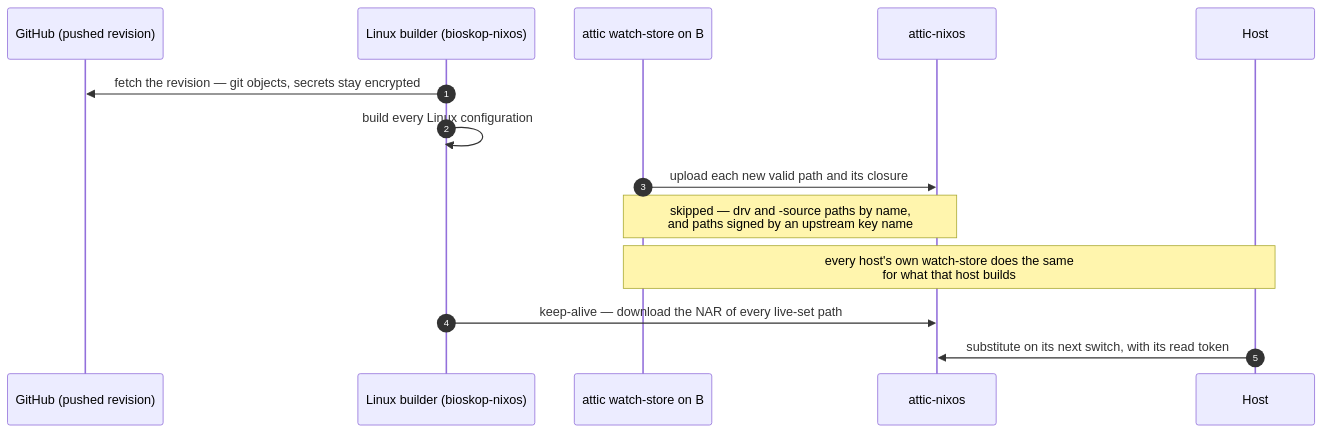
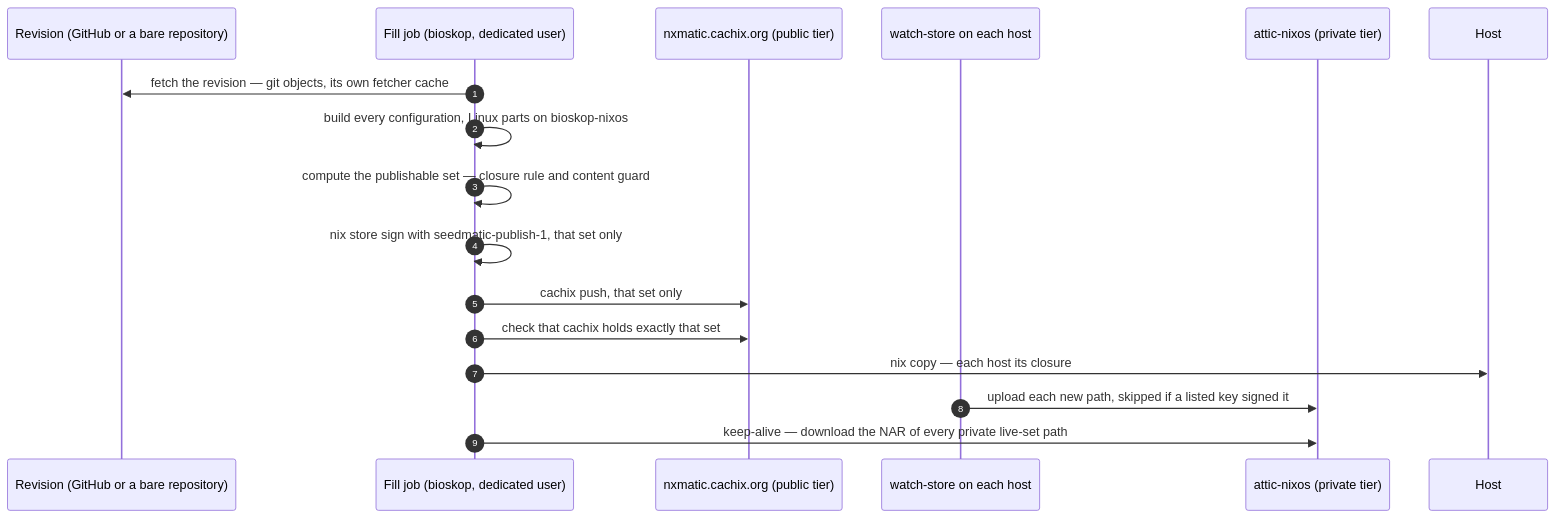
The second of 11 diagrams in docs/private-binary-cache-spec.adoc (seedmatic/ndh), drawn with Mermaid before and after one commit. The commit also changed other lines of this file, not shown here.

First line of the commit message:
docs(cache): trusted paths go public, the rest stays private, and the builder evaluates revisions only

```diff
--- a/docs/private-binary-cache-spec.adoc
+++ b/docs/private-binary-cache-spec.adoc
@@ -333,17 +394,20 @@
 [mermaid]
 ....
 sequenceDiagram
   autonumber
-  participant G as GitHub (pushed revision)
-  participant B as Linux builder (bioskop-nixos)
-  participant W as attic watch-store on B
-  participant A as attic-nixos
+  participant G as Revision (GitHub or a bare repository)
+  participant F as Fill job (bioskop, dedicated user)
+  participant C as nxmatic.cachix.org (public tier)
+  participant W as watch-store on each host
+  participant A as attic-nixos (private tier)
   participant H as Host
-  B->>G: fetch the revision — git objects, secrets stay encrypted
-  B->>B: build every Linux configuration
-  W->>A: upload each new valid path and its closure
-  Note over W,A: skipped — drv and -source paths by name,<br/>and paths signed by an upstream key name
-  Note over W,H: every host's own watch-store does the same<br/>for what that host builds
-  B->>A: keep-alive — download the NAR of every live-set path
-  H->>A: substitute on its next switch, with its read token
+  F->>G: fetch the revision — git objects, its own fetcher cache
+  F->>F: build every configuration, Linux parts on bioskop-nixos
+  F->>F: compute the publishable set — closure rule and content guard
+  F->>F: nix store sign with seedmatic-publish-1, that set only
+  F->>C: cachix push, that set only
+  F->>C: check that cachix holds exactly that set
+  F->>H: nix copy — each host its closure
+  W->>A: upload each new path, skipped if a listed key signed it
+  F->>A: keep-alive — download the NAR of every private live-set path
 ....
```
